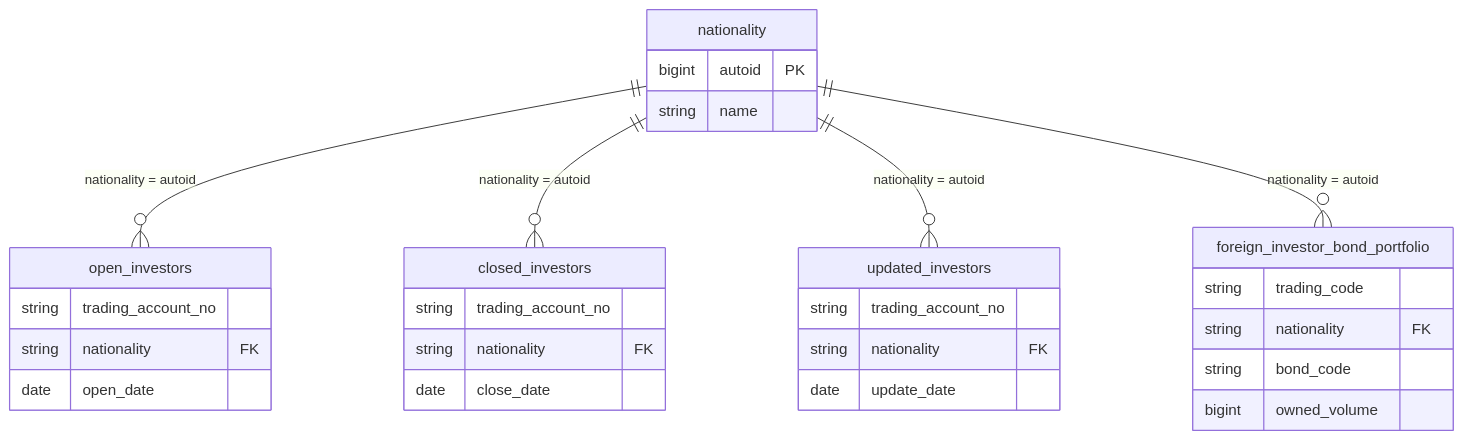
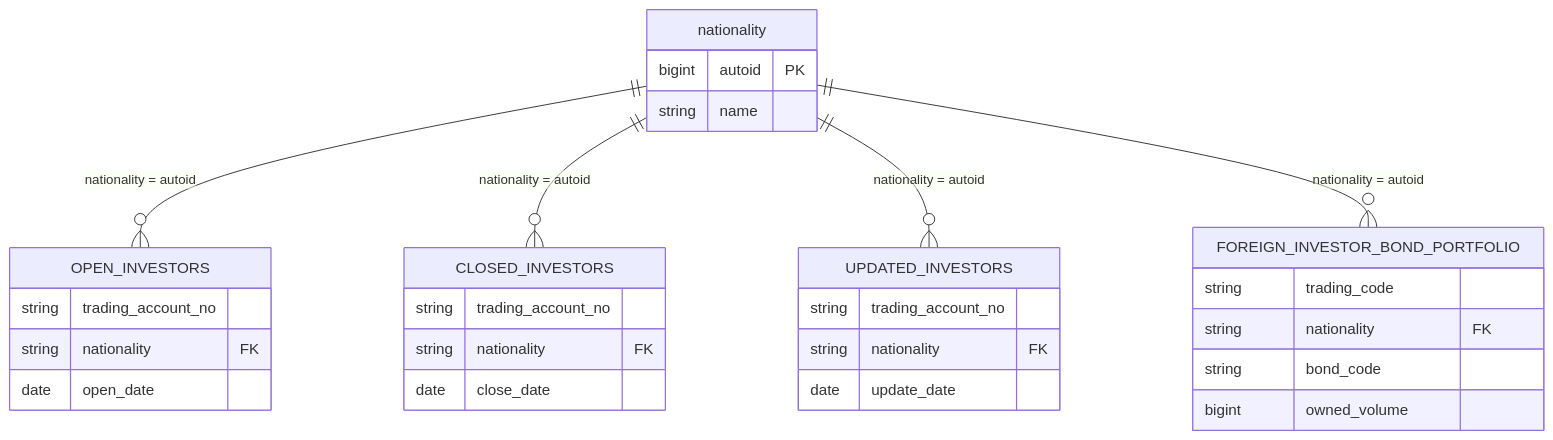
The first of 2 diagrams in DataModel/working/Atomic/hld/VSDC_HLD_Tier2.md (linhlvit/ubck_atomic_design), drawn with Mermaid before and after one commit. The commit also changed other lines of this file and 66 other files, not shown here.

````diff
--- a/DataModel/working/Atomic/hld/VSDC_HLD_Tier2.md
+++ b/DataModel/working/Atomic/hld/VSDC_HLD_Tier2.md
@@ -21,33 +21,33 @@
 ```mermaid
 erDiagram
     nationality {
         bigint autoid PK
         string name
     }
-    open_investors {
+    OPEN_INVESTORS {
         string trading_account_no
         string nationality FK
         date open_date
     }
-    closed_investors {
+    CLOSED_INVESTORS {
         string trading_account_no
         string nationality FK
         date close_date
     }
-    updated_investors {
+    UPDATED_INVESTORS {
         string trading_account_no
         string nationality FK
         date update_date
     }
-    foreign_investor_bond_portfolio {
+    FOREIGN_INVESTOR_BOND_PORTFOLIO {
         string trading_code
         string nationality FK
         string bond_code
         bigint owned_volume
     }
 
-    nationality ||--o{ open_investors : "nationality = autoid"
-    nationality ||--o{ closed_investors : "nationality = autoid"
-    nationality ||--o{ updated_investors : "nationality = autoid"
-    nationality ||--o{ foreign_investor_bond_portfolio : "nationality = autoid"
+    nationality ||--o{ OPEN_INVESTORS : "nationality = autoid"
+    nationality ||--o{ CLOSED_INVESTORS : "nationality = autoid"
+    nationality ||--o{ UPDATED_INVESTORS : "nationality = autoid"
+    nationality ||--o{ FOREIGN_INVESTOR_BOND_PORTFOLIO : "nationality = autoid"
 ```
````
